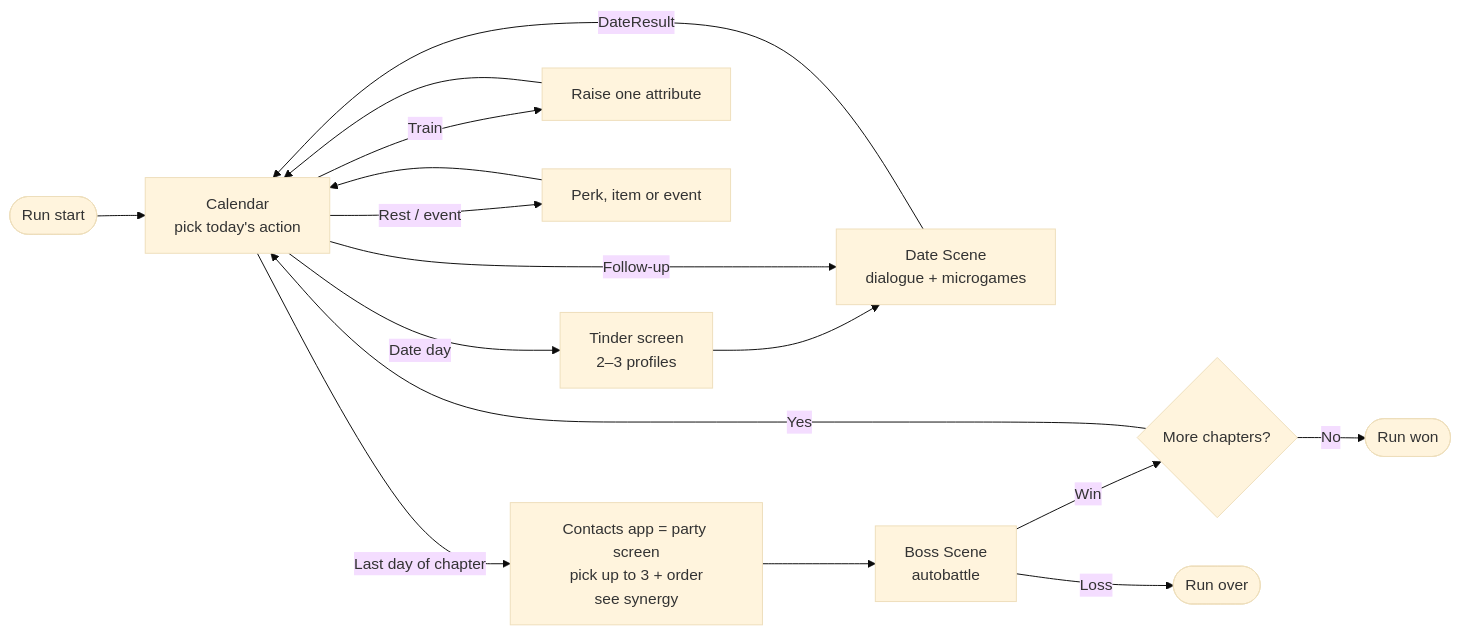
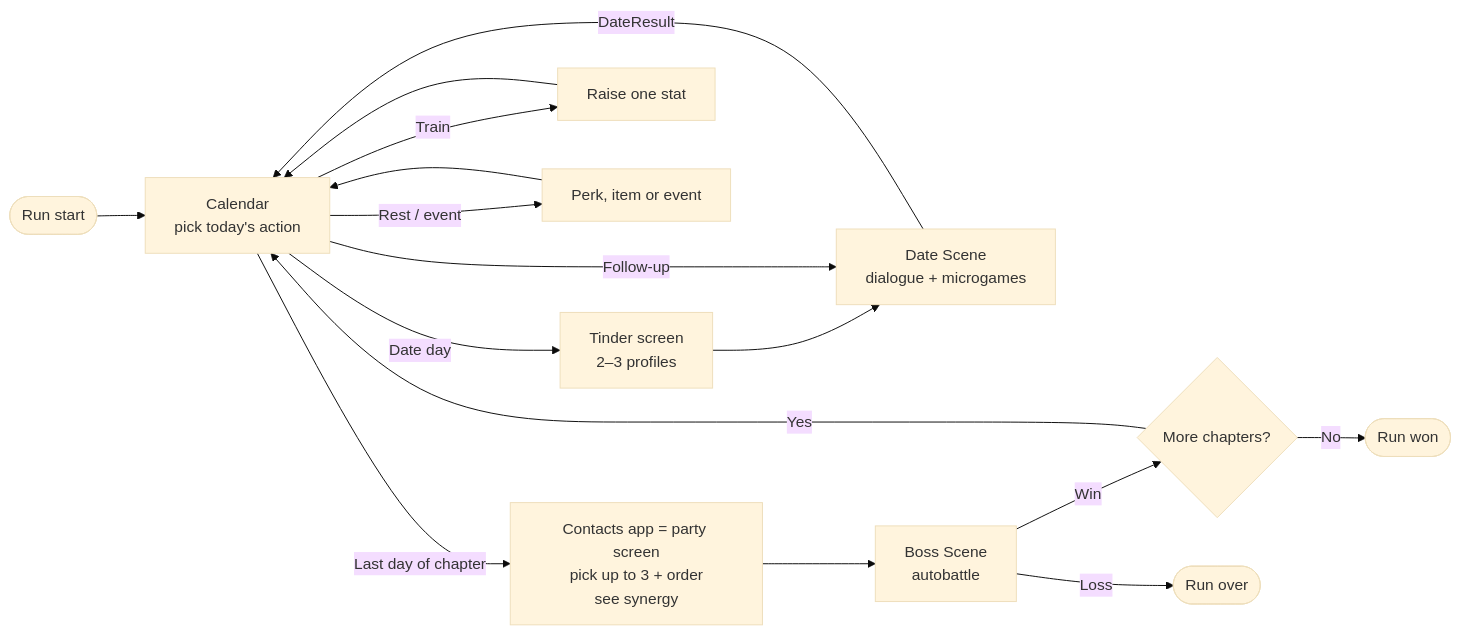
Before and after one commit to ffrank89/speed.dating: the diagram in docs/design/core-loop.md, drawn with Mermaid (base theme). The commit also changed other lines of this file and 85 other files, not shown here.

````diff
--- a/docs/design/core-loop.md
+++ b/docs/design/core-loop.md
@@ -23,18 +23,18 @@
 ```mermaid
 flowchart LR
     Start([Run start]) --> Cal
     Cal[Calendar<br/>pick today's action] -->|Date day| Tinder[Tinder screen<br/>2–3 profiles]
     Tinder --> Date[Date Scene<br/>dialogue + microgames]
     Cal -->|Follow-up| Date
-    Cal -->|Train| Train[Raise one attribute]
+    Cal -->|Train| Train[Raise one stat]
     Cal -->|Rest / event| Event[Perk, item or event]
     Date -->|DateResult| Cal
     Train --> Cal
     Event --> Cal
     Cal -->|Last day of chapter| Pick[Contacts app = party screen<br/>pick up to 3 + order<br/>see synergy]
     Pick --> Boss[Boss Scene<br/>autobattle]
     Boss -->|Win| Next{More chapters?}
     Next -->|Yes| Cal
     Next -->|No| Won([Run won])
     Boss -->|Loss| Lost([Run over])
 ```
````
